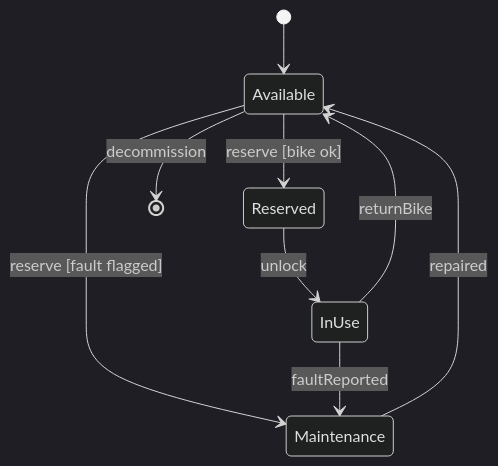
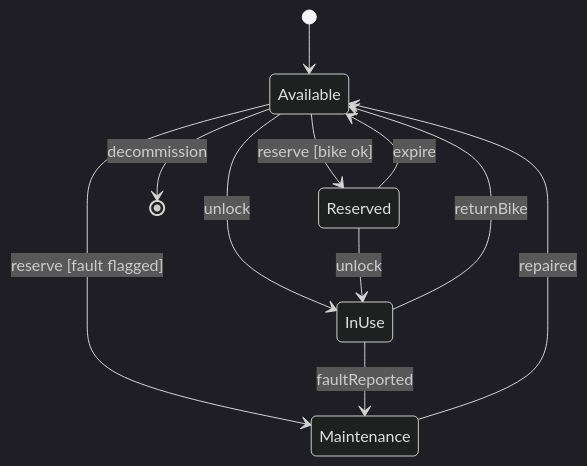
One commit to traiansf/traiansf.github.io changed the diagram in class/amss-2026/curs/07-behavioral-ii-demo.md. Above: the diagram before and after it, drawn with Mermaid (dark theme). The commit also changed other lines of this file and 37 other files, not shown here.

````diff
--- a/class/amss-2026/curs/07-behavioral-ii-demo.md
+++ b/class/amss-2026/curs/07-behavioral-ii-demo.md
@@ -58,11 +68,13 @@
 ```mermaid
 stateDiagram-v2
     [*] --> Available
     Available --> Reserved : reserve [bike ok]
     Available --> Maintenance : reserve [fault flagged]
+    Available --> InUse : unlock
     Reserved --> InUse : unlock
+    Reserved --> Available : expire
     InUse --> Available : returnBike
     InUse --> Maintenance : faultReported
     Maintenance --> Available : repaired
     Available --> [*] : decommission
 ```
````
